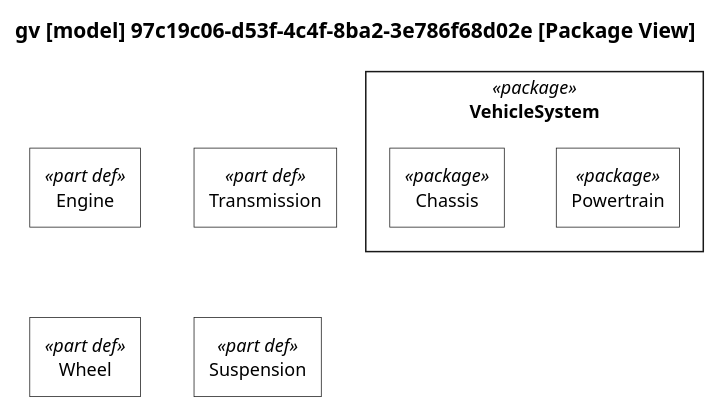
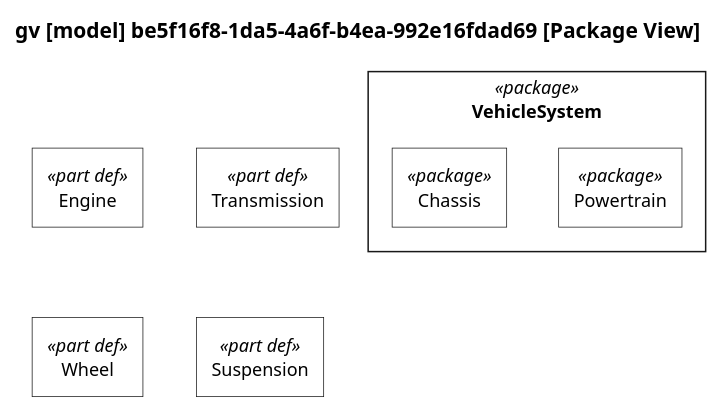
The diagram in docs/plantuml-examples/08-package-view.puml (mycr0ft/sysml2py), drawn with PlantUML before and after one commit. The commit also changed 27 other files, not shown here.

```diff
--- a/docs/plantuml-examples/08-package-view.puml
+++ b/docs/plantuml-examples/08-package-view.puml
@@ -1,85 +1,85 @@
 @startuml
 
 skinparam monochrome true
 skinparam wrapWidth 300
 skinparam defaultFontSize 12
 skinparam defaultFontName Helvetica
 
 skinparam rectangle<<package>> {
     RoundCorner 0
     BackgroundColor white
 }
 skinparam rectangle<<part def>> {
     RoundCorner 0
     BackgroundColor white
 }
 skinparam rectangle<<part>> {
     RoundCorner 15
     BackgroundColor white
 }
 skinparam rectangle<<item def>> {
     RoundCorner 0
     BackgroundColor white
 }
 skinparam rectangle<<item>> {
     RoundCorner 15
     BackgroundColor white
 }
 skinparam rectangle<<action def>> {
     RoundCorner 0
     BackgroundColor white
 }
 skinparam rectangle<<action>> {
     RoundCorner 15
     BackgroundColor white
 }
 skinparam rectangle<<attribute def>> {
     RoundCorner 0
     BackgroundColor white
 }
 skinparam rectangle<<attribute>> {
     RoundCorner 15
     BackgroundColor white
 }
 skinparam rectangle<<requirement def>> {
     RoundCorner 0
     BackgroundColor white
 }
 skinparam rectangle<<requirement>> {
     RoundCorner 15
     BackgroundColor white
 }
 skinparam rectangle<<view def>> {
     RoundCorner 0
     BackgroundColor white
 }
 skinparam rectangle<<view>> {
     RoundCorner 15
     BackgroundColor white
 }
 skinparam folder<<view def>> {
     RoundCorner 0
     BackgroundColor white
 }
 skinparam folder<<view>> {
     RoundCorner 15
     BackgroundColor white
 }
 
 top to bottom direction
 
-title gv [model] 97c19c06-d53f-4c4f-8ba2-3e786f68d02e [Package View]
+title gv [model] be5f16f8-1da5-4a6f-b4ea-992e16fdad69 [Package View]
 
 hide circle
 
 rectangle "VehicleSystem" as E5 <<package>> {
 rectangle "Powertrain" as E6 <<package>>
 rectangle "Chassis" as E7 <<package>>
 }
 rectangle "Engine" as E1 <<part def>>
 rectangle "Transmission" as E2 <<part def>>
 rectangle "Wheel" as E3 <<part def>>
 rectangle "Suspension" as E4 <<part def>>
 
 
 @enduml
```
